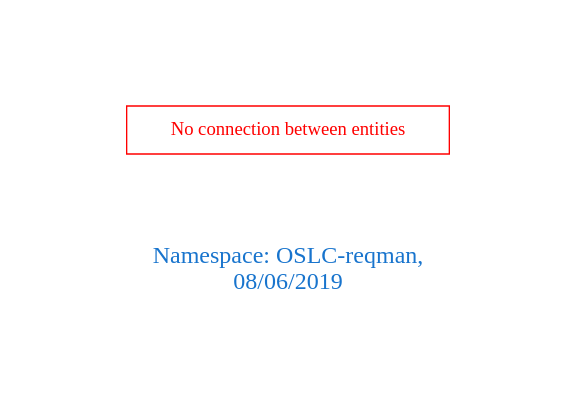
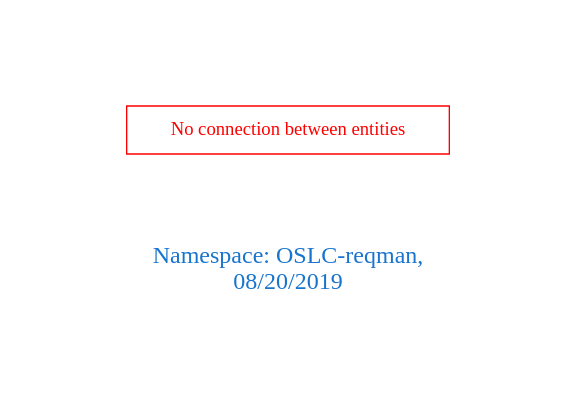
The diagram in downloads/OSLC-reqman.dot (arago/OGIT), drawn with Graphviz before and after one commit. The commit also changed 1471 other files, not shown here.

```diff
--- a/downloads/OSLC-reqman.dot
+++ b/downloads/OSLC-reqman.dot
@@ -1,9 +1,9 @@
 digraph OGIT_ontology {
  graph [ rankdir= LR,pad=1 
 fontsize = 18,
-fontcolor= dodgerblue3,label = "\n\n\nNamespace: OSLC-reqman, \n 08/06/2019"];
+fontcolor= dodgerblue3,label = "\n\n\nNamespace: OSLC-reqman, \n 08/20/2019"];
 node[shape=polygon];
 edge [  color="gray81"];
 
 "No connection between entities" [fontcolor = "red",color="red", shape="polygon"]
 }
```
